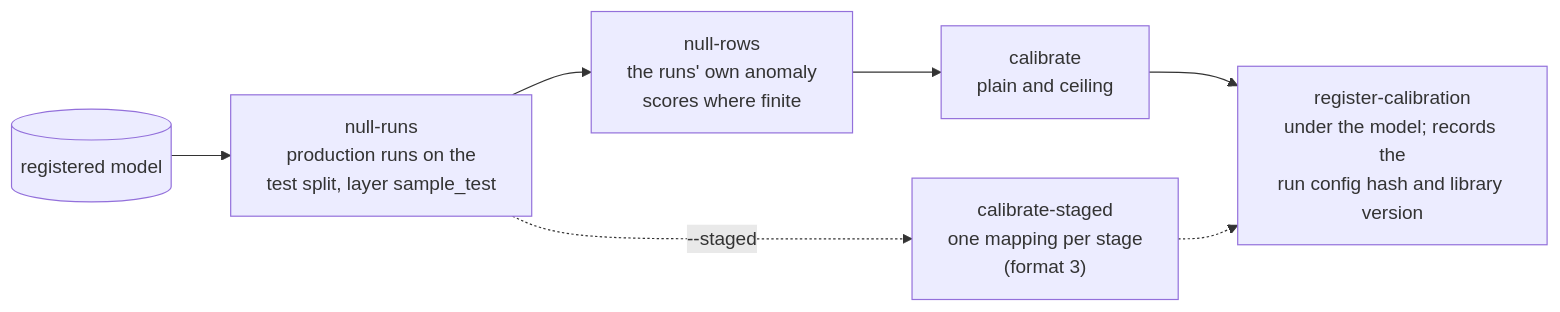
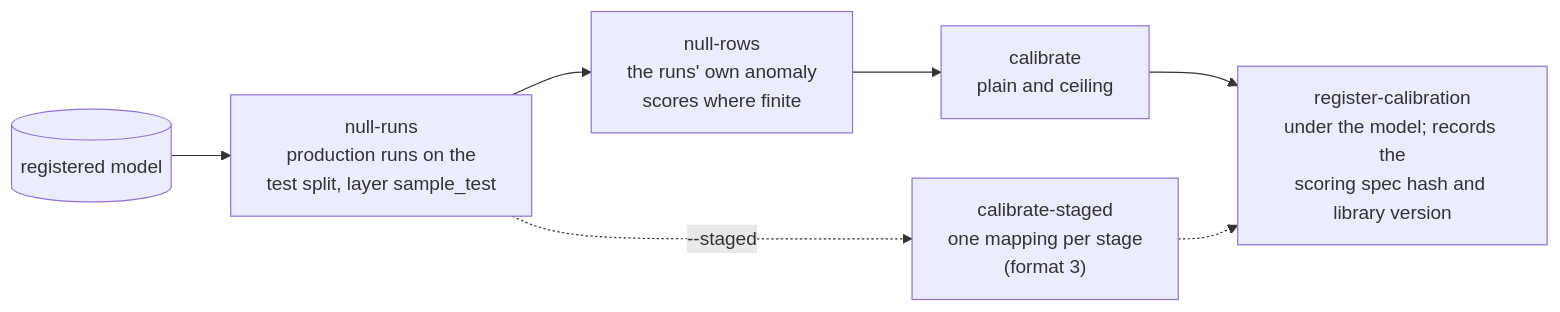
Before and after one commit to conflict-ecology/ponzi-suite: the fourth of 5 diagrams in docs/method/workflows.md, drawn with Mermaid. The commit also changed other lines of this file and 54 other files, not shown here.

````diff
--- a/docs/method/workflows.md
+++ b/docs/method/workflows.md
@@ -179,9 +179,9 @@
 ```mermaid
 flowchart LR
   reg[("registered model")] --> runs["null-runs<br/>production runs on the<br/>test split, layer sample_test"]
   runs --> rows["null-rows<br/>the runs' own anomaly<br/>scores where finite"]
   rows --> build["calibrate<br/>plain and ceiling"]
-  build --> regcal["register-calibration<br/>under the model; records the<br/>run config hash and library version"]
+  build --> regcal["register-calibration<br/>under the model; records the<br/>scoring spec hash and library version"]
   runs -. "--staged" .-> staged["calibrate-staged<br/>one mapping per stage<br/>(format 3)"]
   staged -.-> regcal
 ```
````
